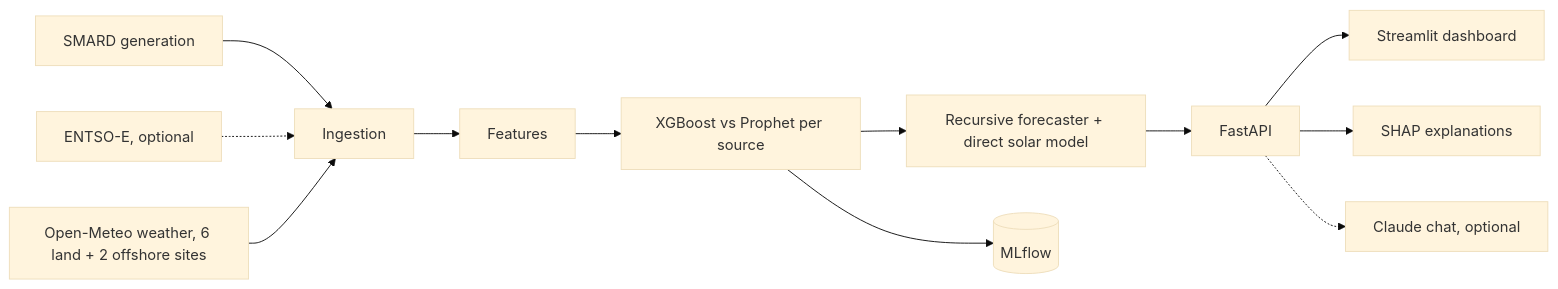
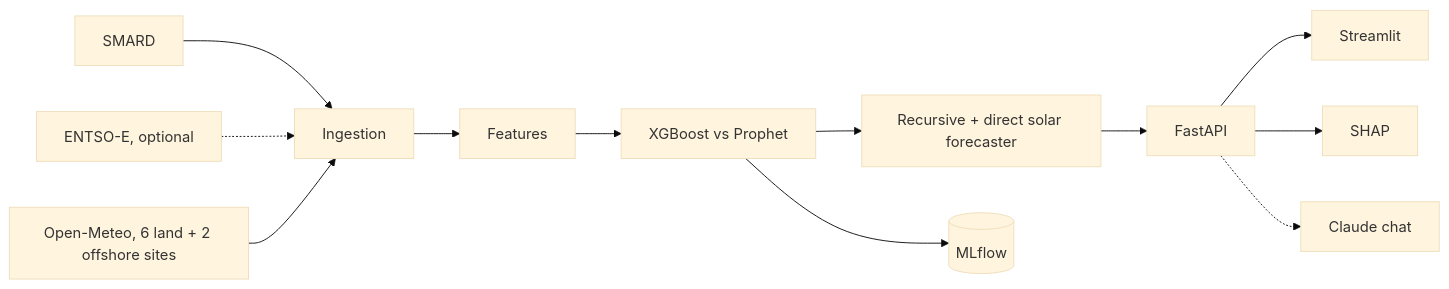
The diagram in README.md (nithya-prakash/GreenGridOptimizer), drawn with Mermaid (base theme) before and after one commit. The commit also changed other lines of this file and 1 other file, not shown here.

Commit message:
Re-record dashboard demo GIF and shorten README

````diff
--- a/README.md
+++ b/README.md
@@ -60,12 +54,11 @@
 ```mermaid
 flowchart LR
-  S[SMARD generation] --> I[Ingestion]
+  S[SMARD] --> I[Ingestion]
   E[ENTSO-E, optional] -.-> I
-  W[Open-Meteo weather, 6 land + 2 offshore sites] --> I
-  I --> F[Features] --> T[XGBoost vs Prophet per source]
-  T --> R[Recursive forecaster + direct solar model]
-  R --> A[FastAPI] --> D[Streamlit dashboard]
-  A --> H[SHAP explanations]
-  A -.-> C[Claude chat, optional]
+  W[Open-Meteo, 6 land + 2 offshore sites] --> I
+  I --> F[Features] --> T[XGBoost vs Prophet] --> R[Recursive + direct solar forecaster]
+  R --> A[FastAPI] --> D[Streamlit]
+  A --> H[SHAP]
+  A -.-> C[Claude chat]
   T --> M[(MLflow)]
 ```
````
